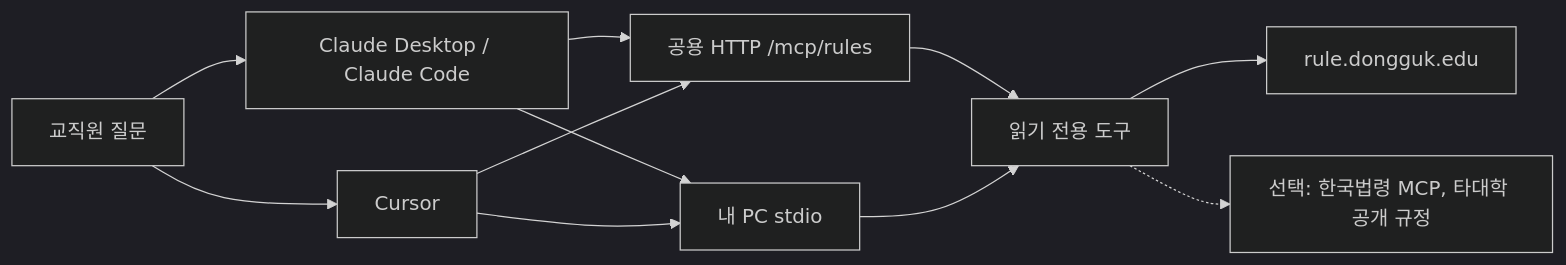
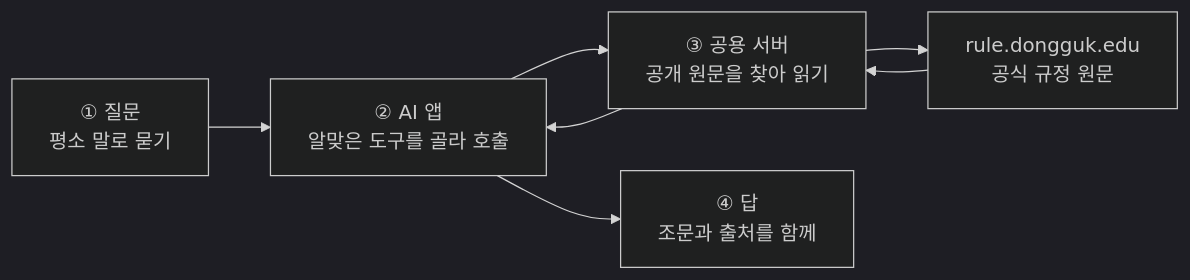
The diagram in README.md (buenosiempre-cmd/dongguk-rule-mcp), drawn with Mermaid (dark theme) before and after one commit. The commit also changed other lines of this file and 6 other files, not shown here.

````diff
--- a/README.md
+++ b/README.md
@@ -149,22 +122,11 @@
 ```mermaid
 flowchart LR
-  staff["교직원 질문"]
-  claude["Claude Desktop / Claude Code"]
-  cursor["Cursor"]
-  remote["공용 HTTP /mcp/rules"]
-  local["내 PC stdio"]
-  tools["읽기 전용 도구"]
-  origin["rule.dongguk.edu"]
-  extra["선택: 한국법령 MCP, 타대학 공개 규정"]
+  q["① 질문<br>평소 말로 묻기"]
+  app["② AI 앱<br>알맞은 도구를 골라 호출"]
+  server["③ 공용 서버<br>공개 원문을 찾아 읽기"]
+  origin["rule.dongguk.edu<br>공식 규정 원문"]
+  answer["④ 답<br>조문과 출처를 함께"]
 
-  staff --> claude
-  staff --> cursor
-  claude --> remote
-  claude --> local
-  cursor --> remote
-  cursor --> local
-  remote --> tools
-  local --> tools
-  tools --> origin
-  tools -.-> extra
+  q --> app --> server --> origin
+  origin --> server --> app --> answer
 ```
````
